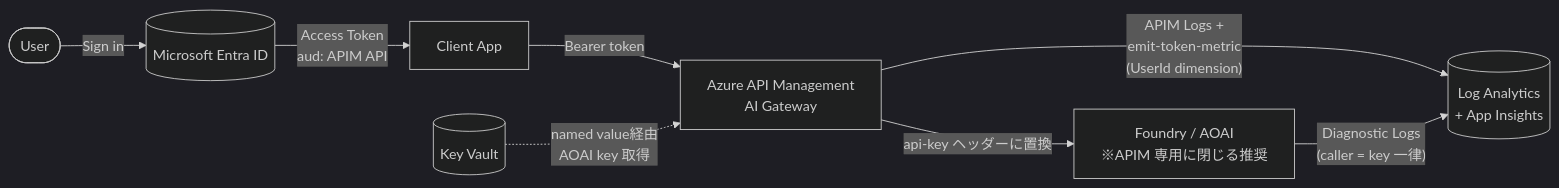
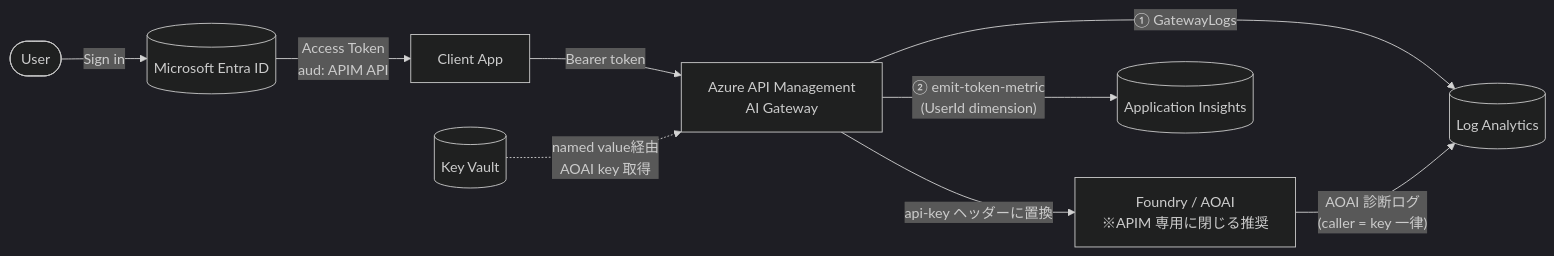
One commit to h-morozumi/foundry-usage-tracking-patterns changed the fourth of 9 diagrams in README.md. Above: the diagram before and after it, drawn with Mermaid (dark theme). The commit also changed other lines of this file, not shown here.

Commit message:
fix: Update README to clarify AOAI diagnostic logs and logging patterns

````diff
--- a/README.md
+++ b/README.md
@@ -205,18 +216,20 @@
 ```mermaid
 flowchart LR
     User([User])
     App[Client App]
     Entra[(Microsoft Entra ID)]
     APIM[Azure API Management<br/>AI Gateway]
     KV[(Key Vault)]
     Foundry[Foundry / AOAI<br/>※APIM 専用に閉じる推奨]
-    LA[(Log Analytics<br/>+ App Insights)]
+    LA[(Log Analytics)]
+    AI[(Application Insights)]
 
     User -->|Sign in| Entra
     Entra -->|"Access Token<br/>aud: APIM API"| App
     App -->|Bearer token| APIM
     KV -.->|named value経由<br/>AOAI key 取得| APIM
     APIM -->|api-key ヘッダーに置換| Foundry
-    APIM -->|"APIM Logs +<br/>emit-token-metric<br/>(UserId dimension)"| LA
-    Foundry -->|"Diagnostic Logs<br/>(caller = key 一律)"| LA
+    APIM -->|"① GatewayLogs"| LA
+    APIM -->|"② emit-token-metric<br/>(UserId dimension)"| AI
+    Foundry -->|"AOAI 診断ログ<br/>(caller = key 一律)"| LA
 ```
````
